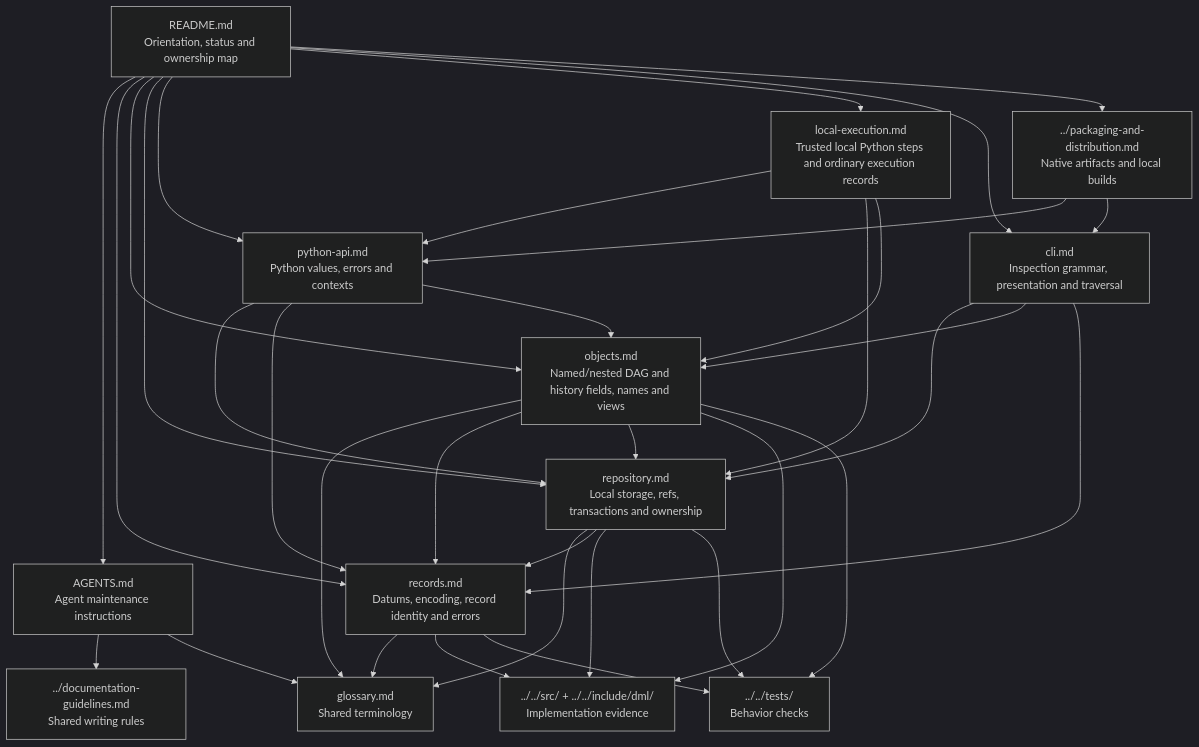
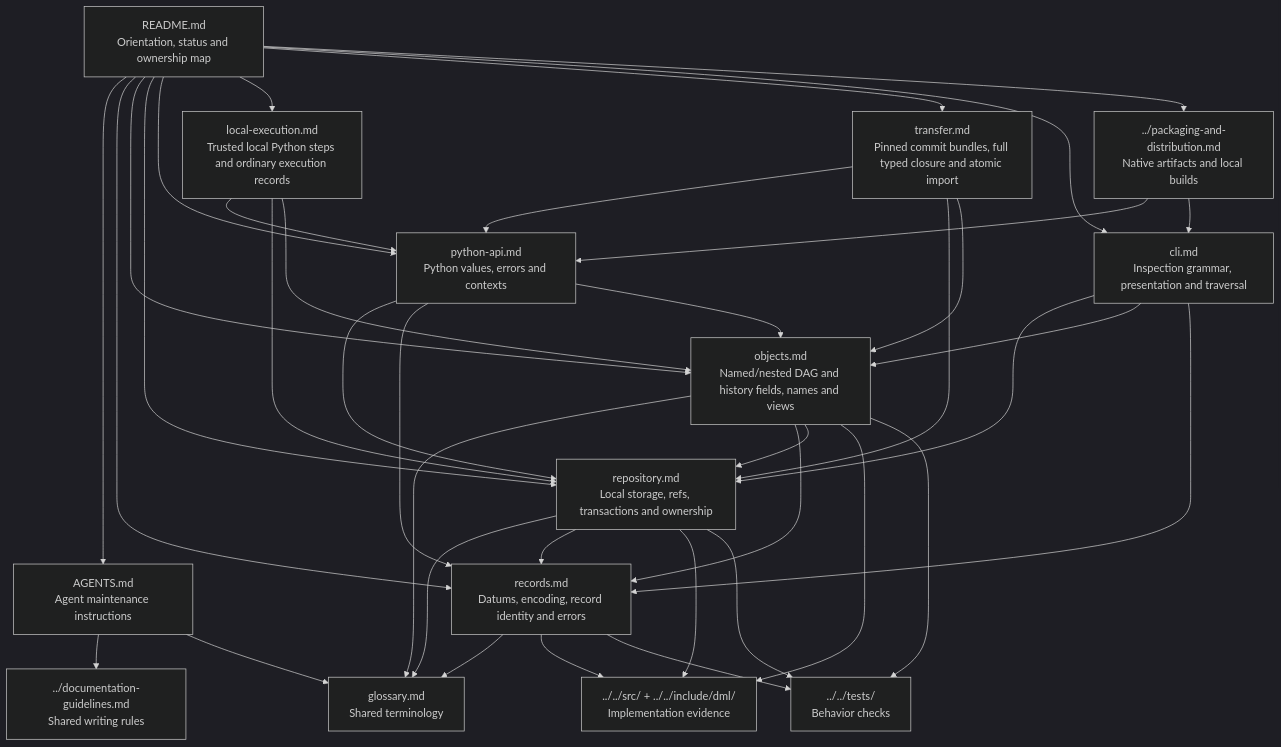
One commit to micha/dml changed the diagram in docs/spec-next/README.md. Above: the diagram before and after it, drawn with Mermaid (dark theme). The commit also changed other lines of this file and 18 other files, not shown here.

First line of the commit message:
Add atomic pinned commit transfer between local repositories

````diff
--- a/docs/spec-next/README.md
+++ b/docs/spec-next/README.md
@@ -35,49 +35,54 @@
 ```mermaid
 flowchart TD
     README["README.md<br/>Orientation, status and ownership map"]
     AGENTS["AGENTS.md<br/>Agent maintenance instructions"]
     GUIDE["../documentation-guidelines.md<br/>Shared writing rules"]
     GLOSSARY["glossary.md<br/>Shared terminology"]
     RECORDS["records.md<br/>Datums, encoding, record identity and errors"]
     OBJECTS["objects.md<br/>Named/nested DAG and history fields, names and views"]
     REPO["repository.md<br/>Local storage, refs, transactions and ownership"]
     PY["python-api.md<br/>Python values, errors and contexts"]
     LOCAL["local-execution.md<br/>Trusted local Python steps and ordinary execution records"]
+    TRANSFER["transfer.md<br/>Pinned commit bundles, full typed closure and atomic import"]
     CLI["cli.md<br/>Inspection grammar, presentation and traversal"]
     PACK["../packaging-and-distribution.md<br/>Native artifacts and local builds"]
     CODE["../../src/ + ../../include/dml/<br/>Implementation evidence"]
     TESTS["../../tests/<br/>Behavior checks"]
     README --> AGENTS
     README --> RECORDS
     README --> OBJECTS
     README --> REPO
     README --> PY
     README --> LOCAL
+    README --> TRANSFER
     README --> CLI
     README --> PACK
     PY --> REPO
     PY --> RECORDS
     PY --> OBJECTS
     LOCAL --> PY
     LOCAL --> REPO
     LOCAL --> OBJECTS
+    TRANSFER --> PY
+    TRANSFER --> REPO
+    TRANSFER --> OBJECTS
     CLI --> REPO
     CLI --> OBJECTS
     CLI --> RECORDS
     PACK --> PY
     PACK --> CLI
     AGENTS --> GUIDE
     AGENTS --> GLOSSARY
     RECORDS --> GLOSSARY
     OBJECTS --> GLOSSARY
     OBJECTS --> RECORDS
     OBJECTS --> REPO
     OBJECTS --> CODE
     OBJECTS --> TESTS
     REPO --> GLOSSARY
     REPO --> RECORDS
     RECORDS --> CODE
     RECORDS --> TESTS
     REPO --> CODE
     REPO --> TESTS
 ```
````
